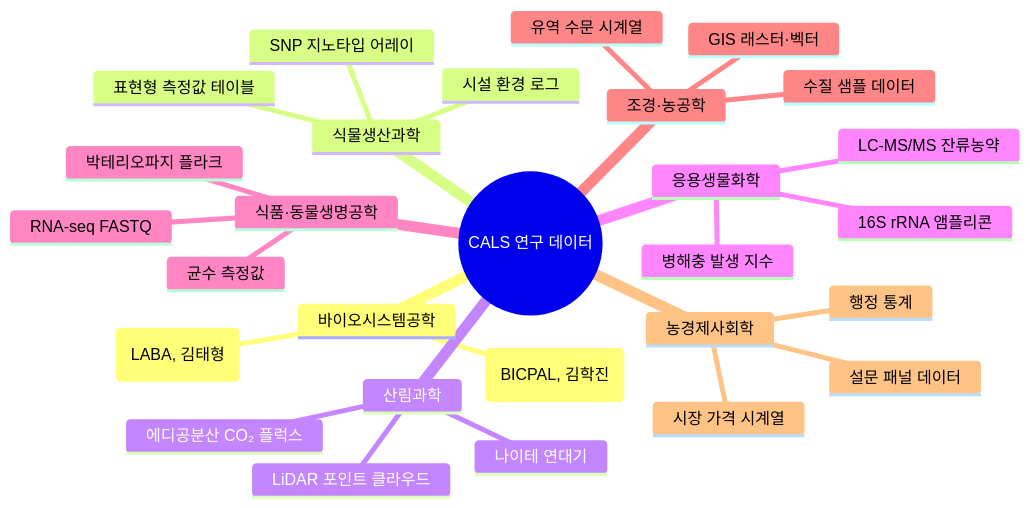
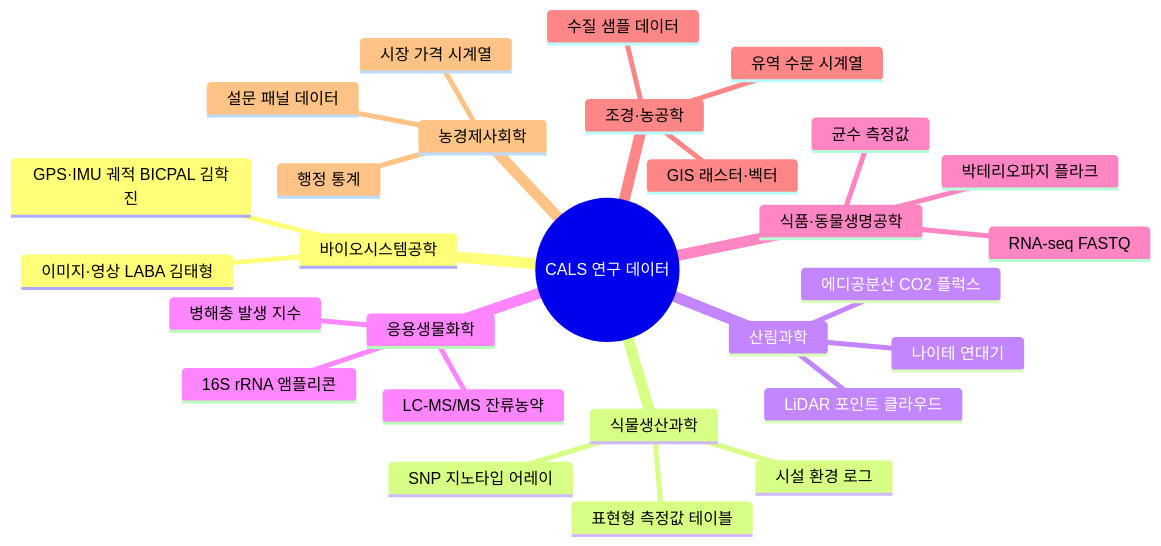
One commit to colswap/cals-dataverse-metadata changed the first of 10 diagrams in research/CALS_Dataverse_Strategy_Report.md. Above: the diagram before and after it, drawn with Mermaid. The commit also changed other lines of this file, not shown here.

````diff
--- a/research/CALS_Dataverse_Strategy_Report.md
+++ b/research/CALS_Dataverse_Strategy_Report.md
@@ -48,31 +49,31 @@
 ```mermaid
 mindmap
   root((CALS 연구 데이터))
     바이오시스템공학
-      이미지·영상 (LABA, 김태형)
-      GPS·IMU 궤적 데이터 (BICPAL, 김학진)
+      이미지·영상 LABA 김태형
+      GPS·IMU 궤적 BICPAL 김학진
     식물생산과학
       SNP 지노타입 어레이
       표현형 측정값 테이블
       시설 환경 로그
     산림과학
       LiDAR 포인트 클라우드
-      에디공분산 CO₂ 플럭스
+      에디공분산 CO2 플럭스
       나이테 연대기
     응용생물화학
       16S rRNA 앰플리콘
       LC-MS/MS 잔류농약
       병해충 발생 지수
     식품·동물생명공학
       RNA-seq FASTQ
       균수 측정값
       박테리오파지 플라크
     조경·농공학
       유역 수문 시계열
       GIS 래스터·벡터
       수질 샘플 데이터
     농경제사회학
       설문 패널 데이터
       시장 가격 시계열
       행정 통계
 ```
````
